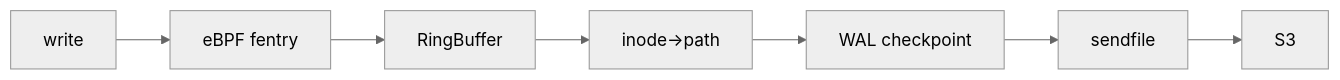
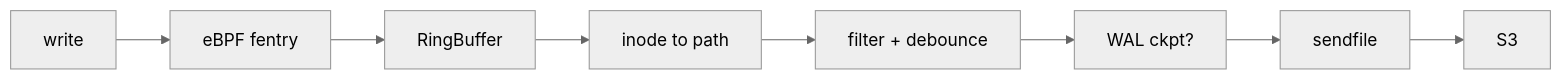
Before and after one commit to hoard-project/hoard: the diagram in README.md, drawn with Mermaid (neutral theme). The commit also changed other lines of this file and 3 other files, not shown here.

````diff
--- a/README.md
+++ b/README.md
@@ -6,9 +7,10 @@
 ```mermaid
 flowchart LR
     A[write] --> B[eBPF fentry]
     B --> C[RingBuffer]
-    C --> D[inode→path]
-    D --> E[WAL checkpoint]
-    E --> F[sendfile]
-    F --> G[S3]
+    C --> D[inode to path]
+    D --> E[filter + debounce]
+    E --> F[WAL ckpt?]
+    F --> G[sendfile]
+    G --> H[S3]
 ```
````
